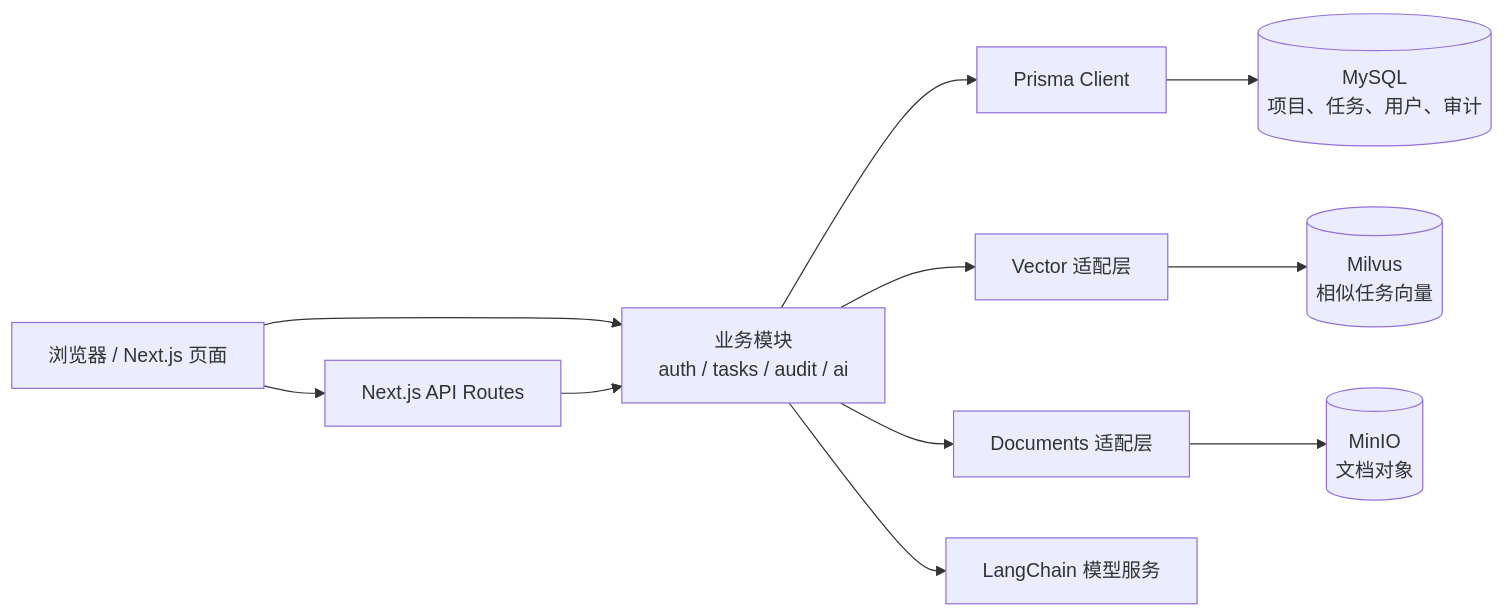
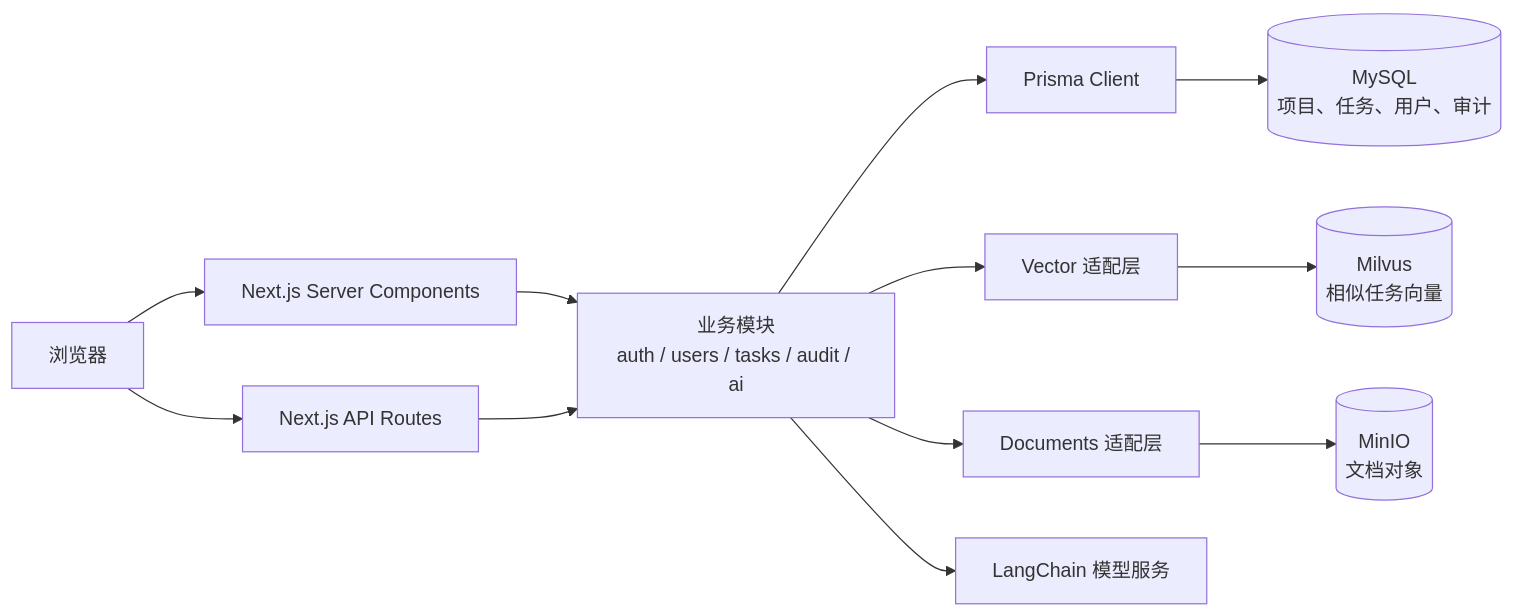
Before and after one commit to peter880121/Project_Management_System: the diagram in docs/项目详细说明.md, drawn with Mermaid. The commit also changed other lines of this file and 12 other files, not shown here.

````diff
--- a/docs/项目详细说明.md
+++ b/docs/项目详细说明.md
@@ -17,21 +36,22 @@
 ```mermaid
 flowchart LR
-    Browser[浏览器 / Next.js 页面]
+    Browser[浏览器]
+    Server[Next.js Server Components]
     API[Next.js API Routes]
-    Modules[业务模块\nauth / tasks / audit / ai]
+    Modules[业务模块\nauth / users / tasks / audit / ai]
     Prisma[Prisma Client]
     MySQL[(MySQL\n项目、任务、用户、审计)]
     Vector[Vector 适配层]
     Milvus[(Milvus\n相似任务向量)]
     Storage[Documents 适配层]
     MinIO[(MinIO\n文档对象)]
     LLM[LangChain 模型服务]
 
     Browser --> API
-    Browser --> Modules
+    Browser --> Server --> Modules
     API --> Modules
     Modules --> Prisma --> MySQL
     Modules --> Vector --> Milvus
     Modules --> Storage --> MinIO
     Modules --> LLM
 ```
````
